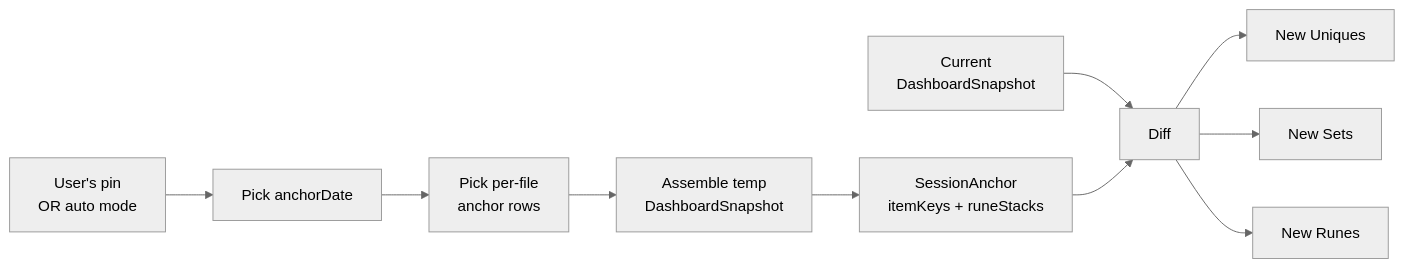
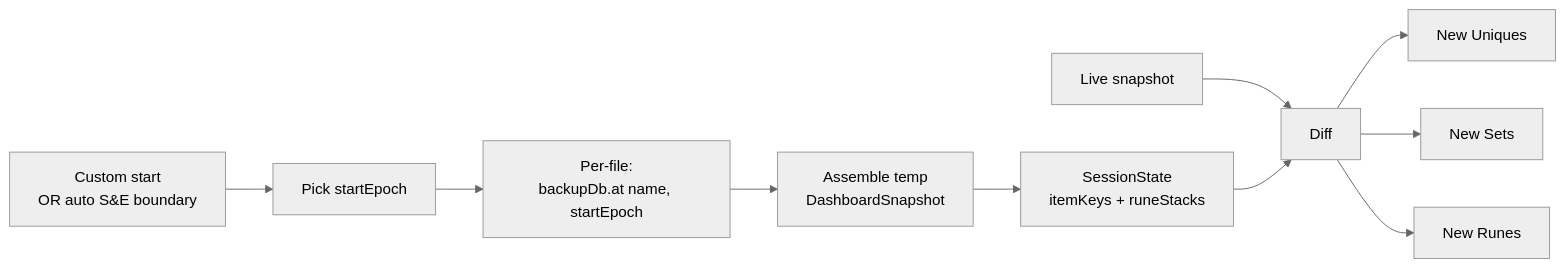
The first of 6 diagrams in docs/session-logic.md (kaimeyerdev/d2rsave), drawn with Mermaid (neutral theme) before and after one commit. The commit also changed other lines of this file, not shown here.

First line of the commit message:
docs: rewrite session-logic.md around the [start, end] window model

````diff
--- a/docs/session-logic.md
+++ b/docs/session-logic.md
@@ -38,12 +37,12 @@
 ```mermaid
 flowchart LR
-    A[User's pin<br/>OR auto mode] --> B[Pick anchorDate]
-    B --> C[Pick per-file<br/>anchor rows]
+    A[Custom start<br/>OR auto S&E boundary] --> B[Pick startEpoch]
+    B --> C[Per-file:<br/>backupDb.at name, startEpoch]
     C --> D[Assemble temp<br/>DashboardSnapshot]
-    D --> E[SessionAnchor<br/>itemKeys + runeStacks]
-    F[Current<br/>DashboardSnapshot] --> G[Diff]
+    D --> E[SessionState<br/>itemKeys + runeStacks]
+    F[Live snapshot] --> G[Diff]
     E --> G
     G --> H[New Uniques]
     G --> I[New Sets]
     G --> J[New Runes]
 ```
````
